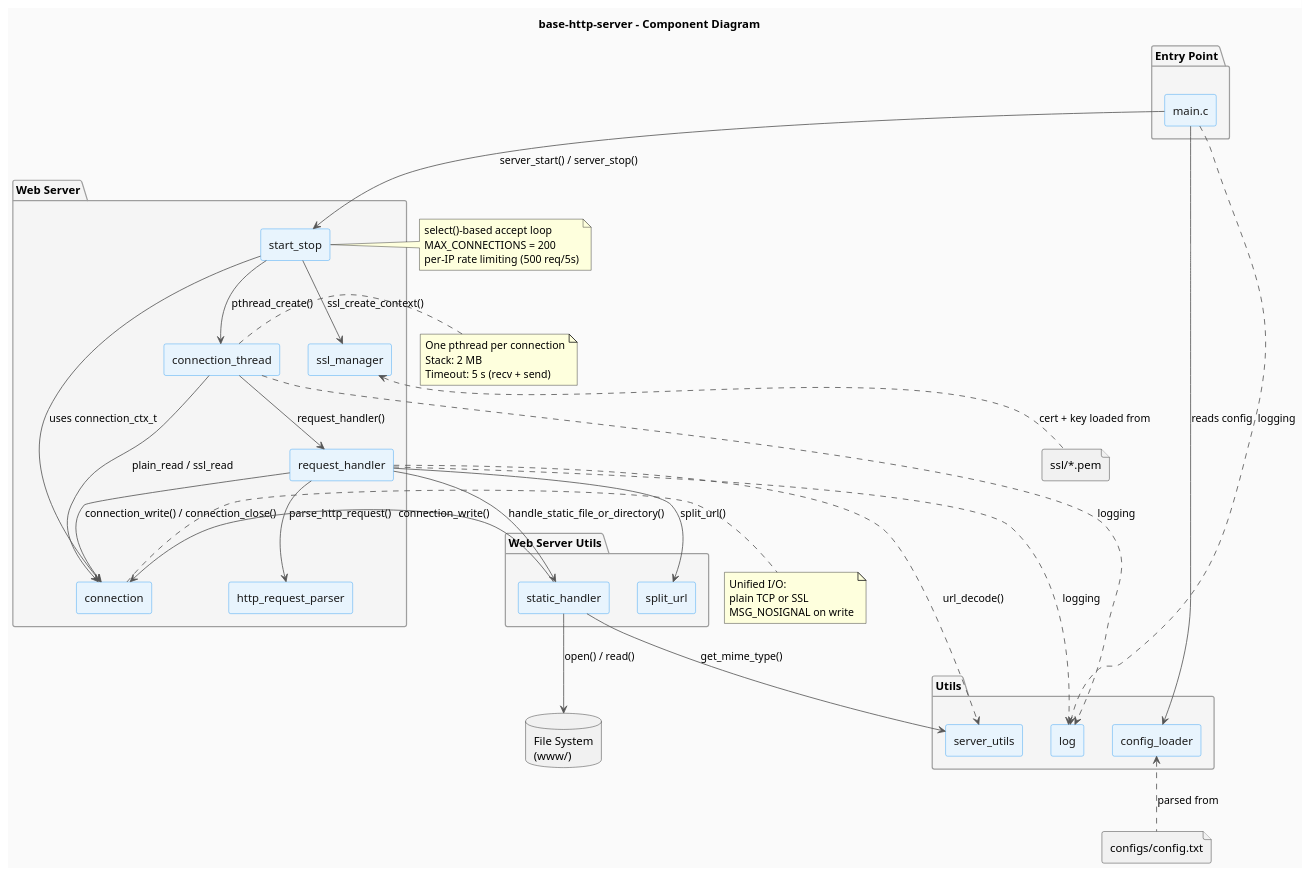
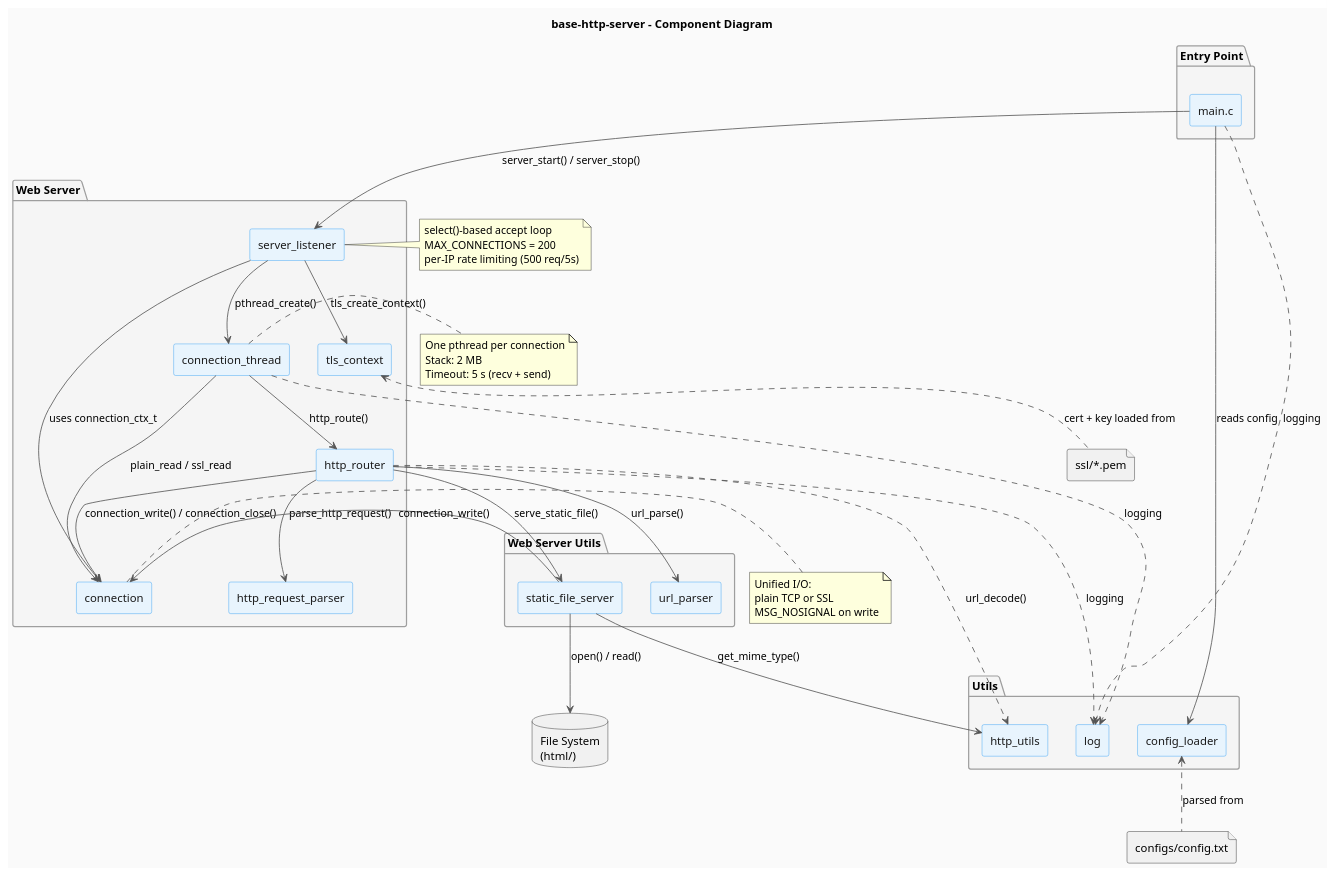
One commit to jpablotoledom/boat-rudder changed the diagram in develop_docs/diagrams/components.puml. Above: the diagram before and after it, drawn with PlantUML. The commit also changed 38 other files, not shown here.

```diff
--- a/develop_docs/diagrams/components.puml
+++ b/develop_docs/diagrams/components.puml
@@ -1,98 +1,98 @@
 @startuml components
 
 title base-http-server - Component Diagram
 
 skinparam componentStyle rectangle
 skinparam backgroundColor #FAFAFA
 skinparam component {
     BackgroundColor #E8F4FD
     BorderColor #2196F3
     FontColor #1A1A1A
 }
 skinparam package {
     BackgroundColor #F5F5F5
     BorderColor #9E9E9E
 }
 skinparam arrow {
     Color #555555
 }
 
 package "Entry Point" {
     [main.c] as MAIN
 }
 
 package "Web Server" {
-    [start_stop] as SS
+    [server_listener] as SS
     [connection_thread] as CT
     [connection] as CONN
-    [ssl_manager] as SSL
-    [request_handler] as RH
+    [tls_context] as TLS
+    [http_router] as RH
     [http_request_parser] as PARSER
 }
 
 package "Web Server Utils" {
-    [static_handler] as SH
-    [split_url] as SPLIT
+    [static_file_server] as SH
+    [url_parser] as SPLIT
 }
 
 package "Utils" {
     [config_loader] as CONFIG
     [log] as LOG
-    [server_utils] as SU
+    [http_utils] as SU
 }
 
-database "File System\n(www/)" as FS
+database "File System\n(html/)" as FS
 file "configs/config.txt" as CFGFILE
 file "ssl/*.pem" as SSLFILES
 
 ' Entry point relations
 MAIN --> CONFIG : reads config
 MAIN --> SS : server_start() / server_stop()
 MAIN ..> LOG : logging
 
 ' Server startup
 SS --> CONN : uses connection_ctx_t
-SS --> SSL : ssl_create_context()
+SS --> TLS : tls_create_context()
 SS --> CT : pthread_create()
 
 ' Connection thread
 CT --> CONN : plain_read / ssl_read
-CT --> RH : request_handler()
+CT --> RH : http_route()
 CT ..> LOG : logging
 
 ' Request handling
 RH --> PARSER : parse_http_request()
-RH --> SPLIT : split_url()
-RH --> SH : handle_static_file_or_directory()
+RH --> SPLIT : url_parse()
+RH --> SH : serve_static_file()
 RH --> CONN : connection_write() / connection_close()
 RH ..> SU : url_decode()
 RH ..> LOG : logging
 
 ' Static handler
 SH --> CONN : connection_write()
 SH --> SU : get_mime_type()
 SH --> FS : open() / read()
 
 ' External config & ssl
 CONFIG <.. CFGFILE : parsed from
-SSL <.. SSLFILES : cert + key loaded from
+TLS <.. SSLFILES : cert + key loaded from
 
 note right of SS
   select()-based accept loop
   MAX_CONNECTIONS = 200
   per-IP rate limiting (500 req/5s)
 end note
 
 note right of CT
   One pthread per connection
   Stack: 2 MB
   Timeout: 5 s (recv + send)
 end note
 
 note right of CONN
   Unified I/O:
   plain TCP or SSL
   MSG_NOSIGNAL on write
 end note
 
 @enduml
```
